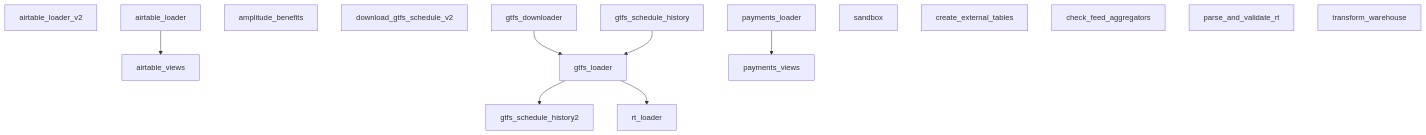
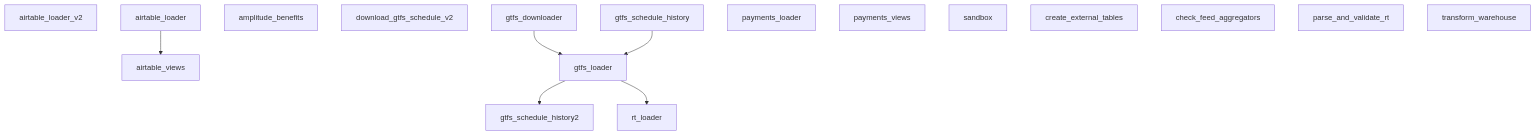
One commit to cal-itp/data-infra changed the diagram in docs/airflow/production-maintenance.md. Above: the diagram before and after it, drawn with Mermaid. The commit also changed other lines of this file, not shown here.

Commit message:
docs(airflow): revised docs based on lauries comment re only listing enfoorced dependencies

````diff
--- a/docs/airflow/production-maintenance.md
+++ b/docs/airflow/production-maintenance.md
@@ -68,17 +68,18 @@
 ```{mermaid}
   graph TD;
       airtable_loader_v2;
       airtable_loader-->airtable_views;
       amplitude_benefits;
       download_gtfs_schedule_v2;
       gtfs_downloader-->gtfs_loader;
       gtfs_schedule_history-->gtfs_loader;
       gtfs_loader-->gtfs_schedule_history2;
-      payments_loader-->payments_views;
+      payments_loader;
+      payments_views;
       gtfs_loader-->rt_loader;
       sandbox;
       create_external_tables;
       check_feed_aggregators;
       parse_and_validate_rt;
       transform_warehouse;
 ```
````
